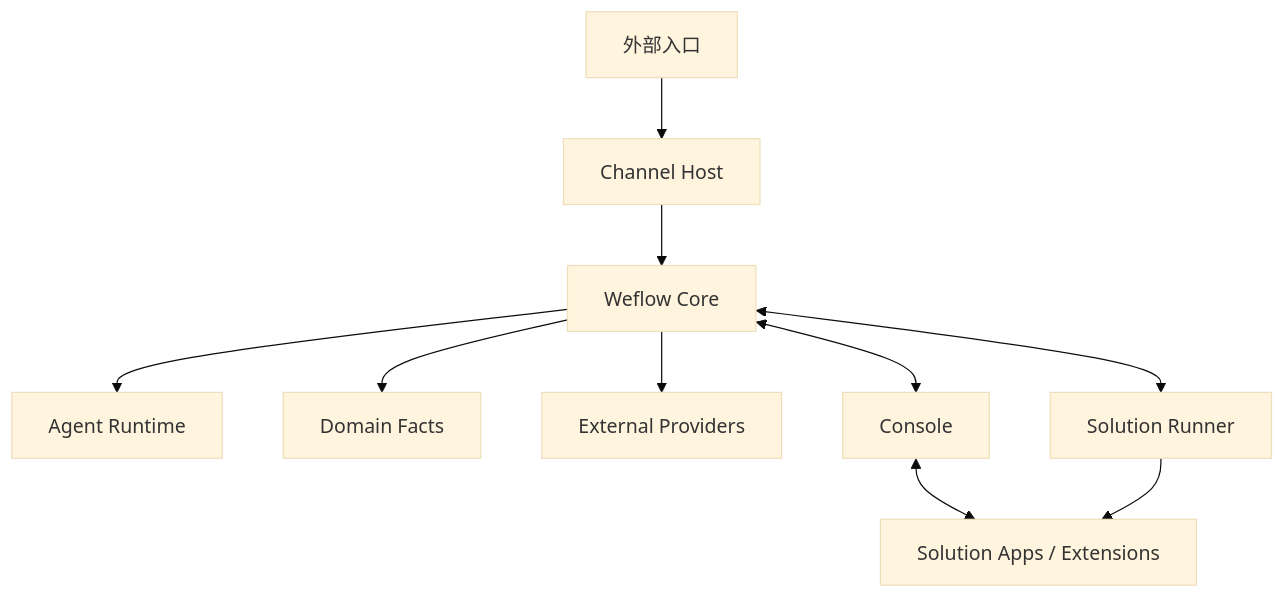
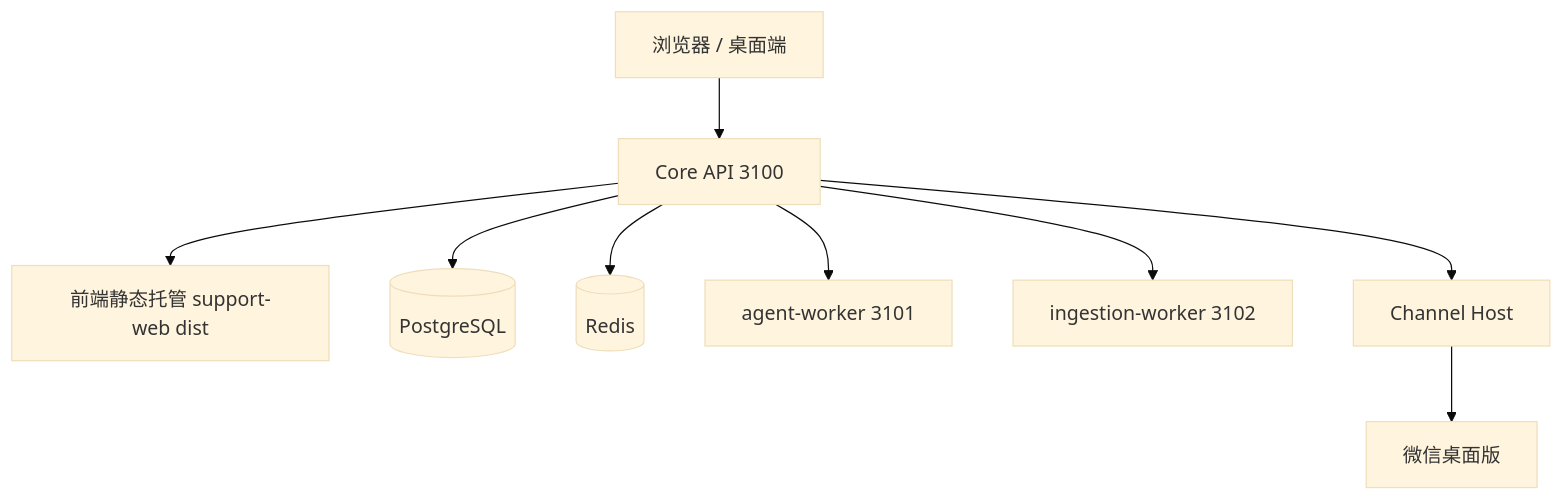
The diagram in docs/technical-documentation.md (liyifu-2026/Weflow-Core), drawn with Mermaid (base theme) before and after one commit. The commit also changed other lines of this file and 57 other files, not shown here.

````diff
--- a/docs/technical-documentation.md
+++ b/docs/technical-documentation.md
@@ -67,12 +64,11 @@
 ```mermaid
 flowchart TB
-  Channel[外部入口] --> Host[Channel Host]
-  Host --> Core[Weflow Core]
-  Core --> Runtime[Agent Runtime]
-  Core --> Domain[Domain Facts]
-  Core --> Provider[External Providers]
-  Core <--> Console[Console]
-  Core <--> Runner[Solution Runner]
-  Console <--> Solutions[Solution Apps / Extensions]
-  Runner --> Solutions
+  User[浏览器 / 桌面端] --> API[Core API 3100]
+  API --> Static[前端静态托管 support-web dist]
+  API --> DB[(PostgreSQL)]
+  API --> Redis[(Redis)]
+  API --> AW[agent-worker 3101]
+  API --> IW[ingestion-worker 3102]
+  API --> CH[Channel Host]
+  CH --> WeChat[微信桌面版]
 ```
````
